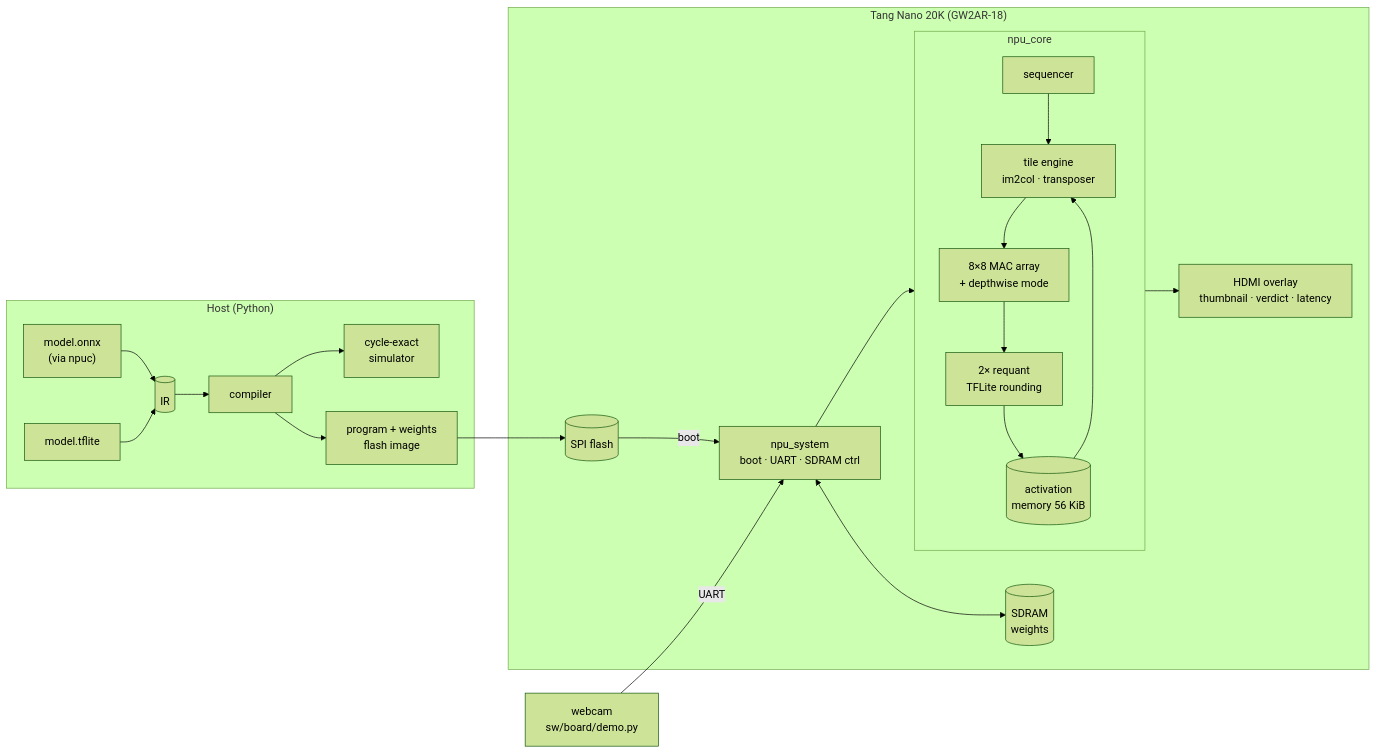
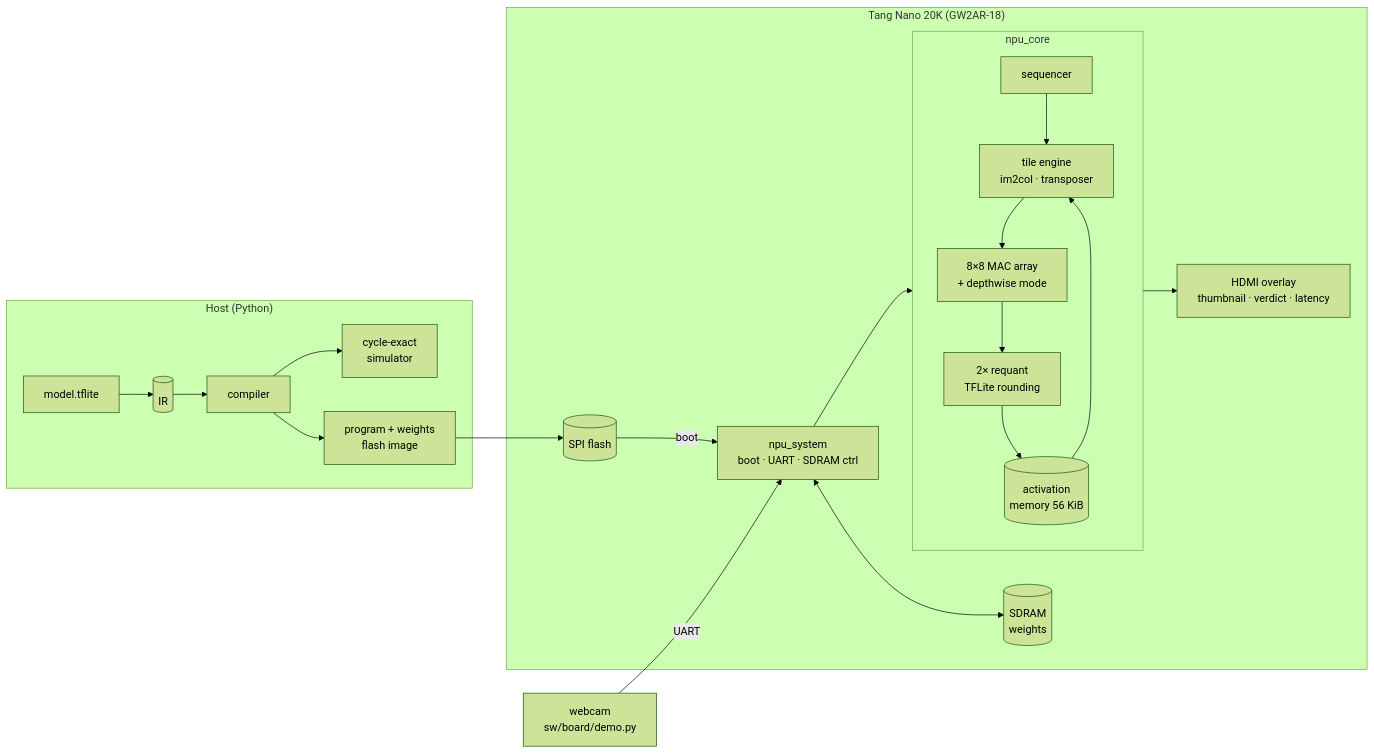
The diagram in README.md (finn-freas/deployed-cnn-fpga), drawn with Mermaid (forest theme) before and after one commit. The commit also changed other lines of this file and 5 other files, not shown here.

````diff
--- a/README.md
+++ b/README.md
@@ -25,25 +26,24 @@
 ```mermaid
 flowchart LR
     subgraph host["Host (Python)"]
-        onnx["model.onnx<br/>(via npuc)"] --> ir[("IR")]
-        tfl["model.tflite"] --> ir
+        tfl["model.tflite"] --> ir[("IR")]
         ir --> comp["compiler"]
         comp --> sim["cycle-exact<br/>simulator"]
         comp --> img["program + weights<br/>flash image"]
     end
     subgraph fpga["Tang Nano 20K (GW2AR-18)"]
         flash[("SPI flash")] -->|boot| sys["npu_system<br/>boot · UART · SDRAM ctrl"]
         sys <--> sdram[("SDRAM<br/>weights")]
         sys --> core
         subgraph core["npu_core"]
             seq["sequencer"] --> te["tile engine<br/>im2col · transposer"]
             te --> arr["8×8 MAC array<br/>+ depthwise mode"]
             arr --> rq["2× requant<br/>TFLite rounding"]
             rq --> act[("activation<br/>memory 56 KiB")]
             act --> te
         end
         core --> hdmi["HDMI overlay<br/>thumbnail · verdict · latency"]
     end
     img --> flash
     cam["webcam<br/>sw/board/demo.py"] -->|UART| sys
 ```
````
